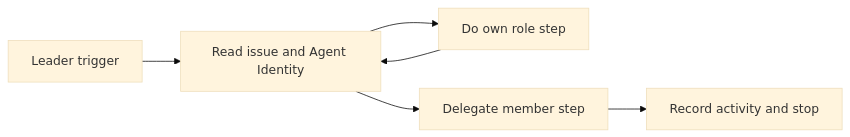
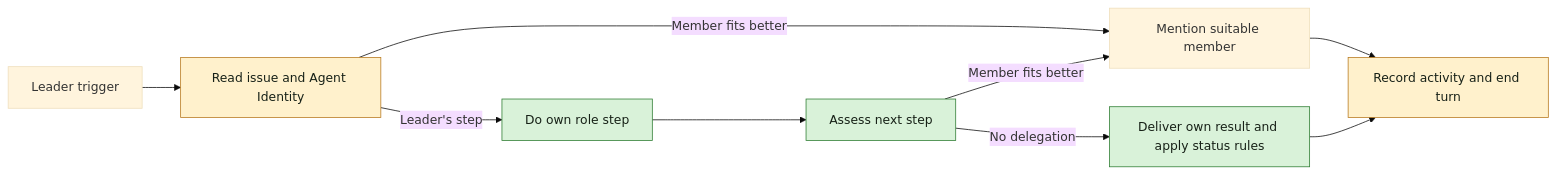
The diagram in specs/openspec/changes/squad-lead-own-steps/proposal.md (appboypov/multica), drawn with Mermaid (base theme) before and after one commit. The commit also changed 1 other file, not shown here.

Commit message:
docs(specs): add delegation and own-delivery branches to diagrams (WORK-1253)

````diff
--- a/specs/openspec/changes/squad-lead-own-steps/proposal.md
+++ b/specs/openspec/changes/squad-lead-own-steps/proposal.md
@@ -3,8 +3,13 @@
 ```mermaid
 flowchart LR
-  trigger[Leader trigger] --> choose[Read issue and Agent Identity]
-  choose --> own[Do own role step]
-  choose --> member[Delegate member step]
-  own --> choose
-  member --> stop[Record activity and stop]
+  classDef new fill:#d9f2d9,stroke:#2e7d32,color:#172117
+  classDef changed fill:#fff1cc,stroke:#b7791f,color:#172117
+  trigger[Leader trigger] --> choose[Read issue and Agent Identity]:::changed
+  choose -->|Leader's step| own[Do own role step]:::new
+  choose -->|Member fits better| delegate[Mention suitable member]
+  own --> next[Assess next step]:::new
+  next -->|Member fits better| delegate
+  next -->|No delegation| deliver[Deliver own result and apply status rules]:::new
+  delegate --> stop[Record activity and end turn]:::changed
+  deliver --> stop
 ```
````
